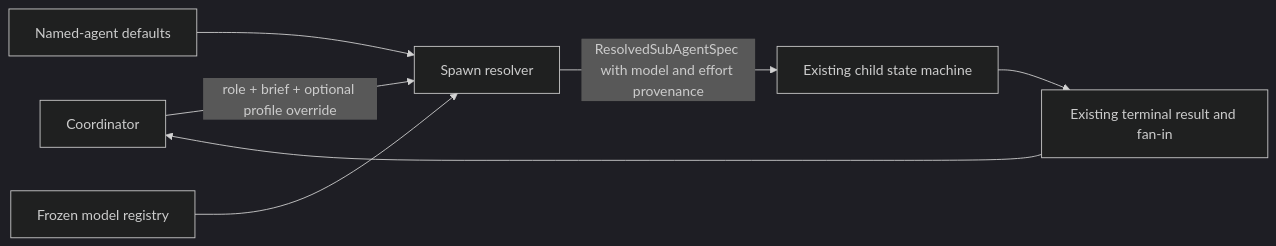
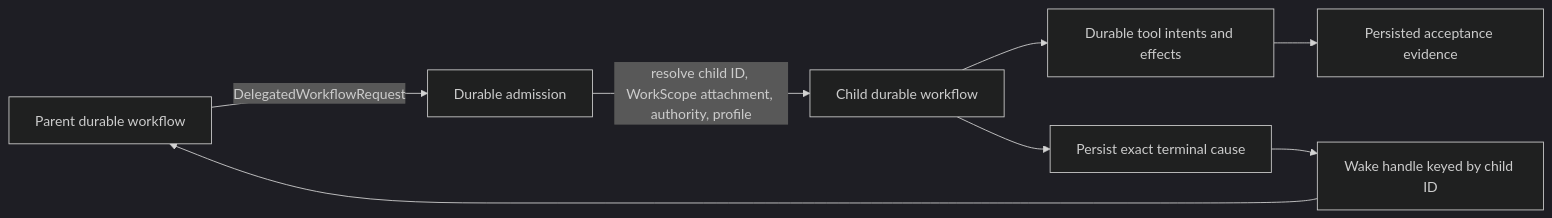
One commit to scottopell/phoenix-ide changed the third of 4 diagrams in tasks/73001-p2-done--general-high-effort-cheap-model-coding-agent.md. Above: the diagram before and after it, drawn with Mermaid (dark theme). The commit also changed other lines of this file, not shown here.

Commit message:
docs: align coding worker design with roadmap stack

````diff
--- a/tasks/73001-p2-done--general-high-effort-cheap-model-coding-agent.md
+++ b/tasks/73001-p2-done--general-high-effort-cheap-model-coding-agent.md
@@ -164,9 +133,10 @@
 ```mermaid
 flowchart LR
-    C["Coordinator"] -->|"role + brief + optional profile override"| R["Spawn resolver"]
-    D["Named-agent defaults"] --> R
-    M["Frozen model registry"] --> R
-    R -->|"ResolvedSubAgentSpec with model and effort provenance"| S["Existing child state machine"]
-    S --> F["Existing terminal result and fan-in"]
-    F --> C
+    C["Parent durable workflow"] -->|"DelegatedWorkflowRequest"| A["Durable admission"]
+    A -->|"resolve child ID, WorkScope attachment, authority, profile"| W["Child durable workflow"]
+    W --> T["Durable tool intents and effects"]
+    T --> E["Persisted acceptance evidence"]
+    W --> O["Persist exact terminal cause"]
+    O --> H["Wake handle keyed by child ID"]
+    H --> C
 ```
````
